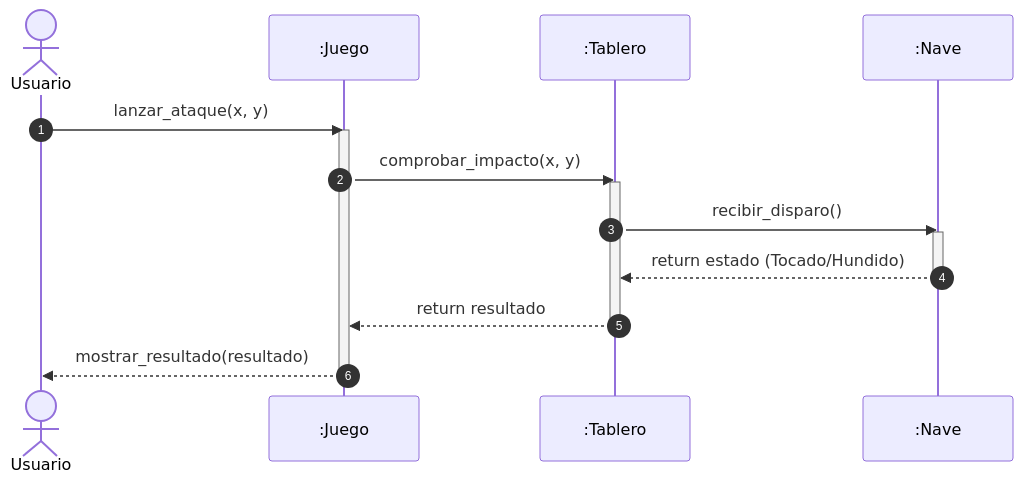
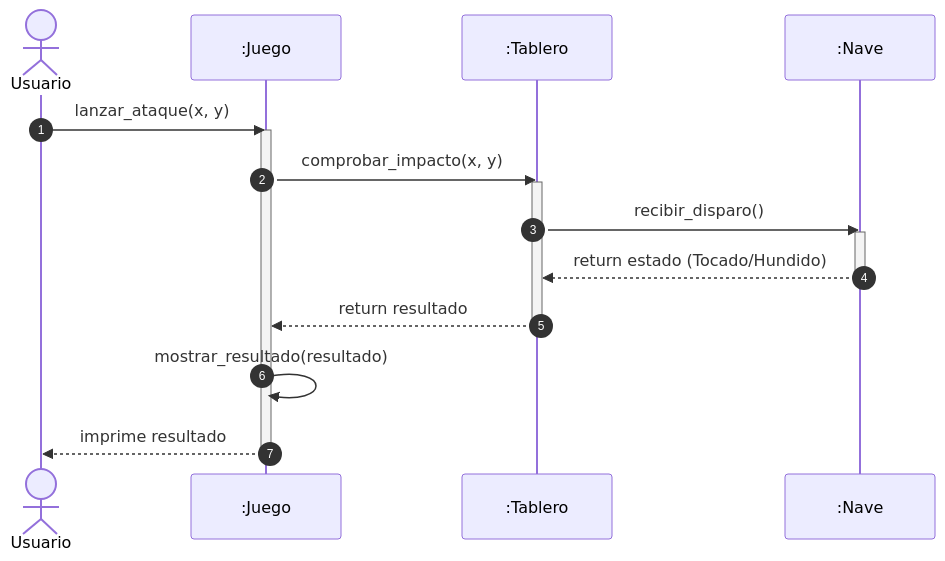
The second of 2 diagrams in Readme.md (damiancastelao/HundirLaFlota), drawn with Mermaid before and after one commit.

Commit message:
Fix mostrar_resultado()
Es un método dentro de otro método, en la propia clase

````diff
--- a/Readme.md
+++ b/Readme.md
@@ -72,25 +72,26 @@
 ```mermaid
 sequenceDiagram
     autonumber
     actor Usuario
     participant Juego as :Juego
     participant Tablero as :Tablero
     participant Nave as :Nave
 
     Usuario->>Juego: lanzar_ataque(x, y)
     activate Juego
     
     Juego->>Tablero: comprobar_impacto(x, y)
     activate Tablero
     
     Tablero->>Nave: recibir_disparo()
     activate Nave
     Nave-->>Tablero: return estado (Tocado/Hundido)
     deactivate Nave
     
     Tablero-->>Juego: return resultado
     deactivate Tablero
     
-    Juego-->>Usuario: mostrar_resultado(resultado)
+    Juego->>Juego: mostrar_resultado(resultado)
+    Juego-->>Usuario: imprime resultado
     deactivate Juego
 ```
````
